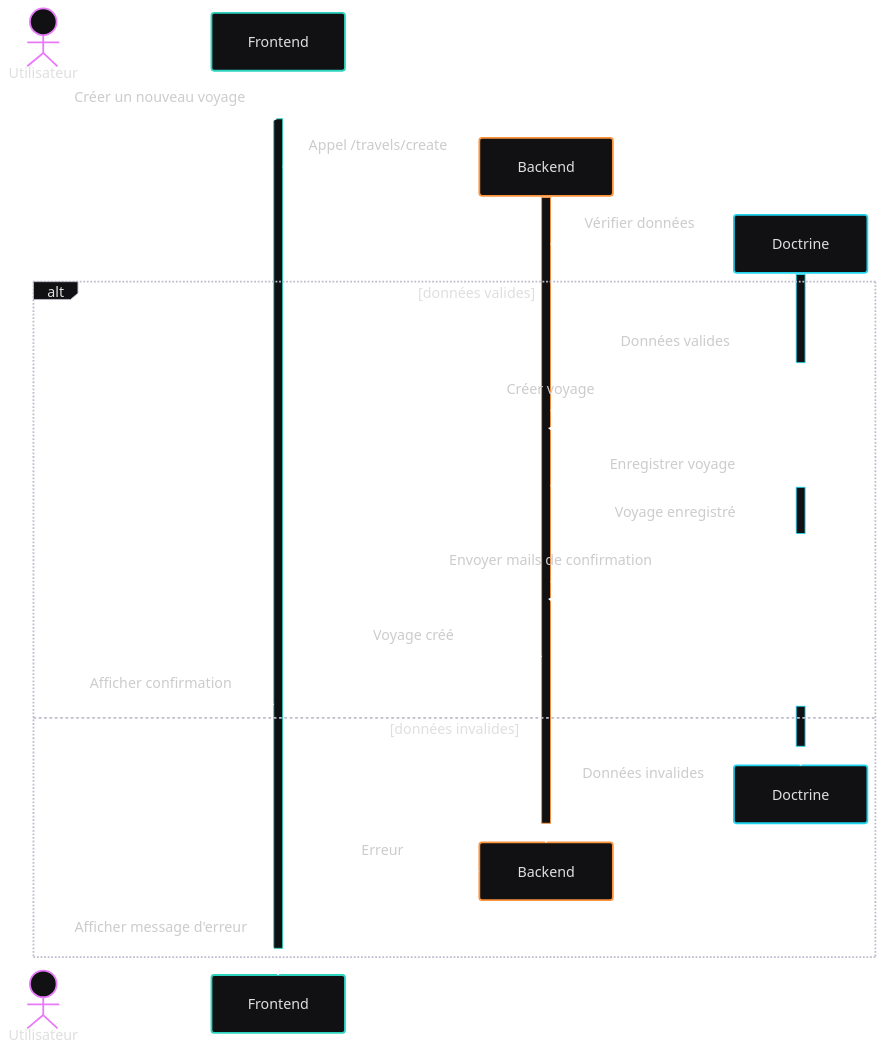
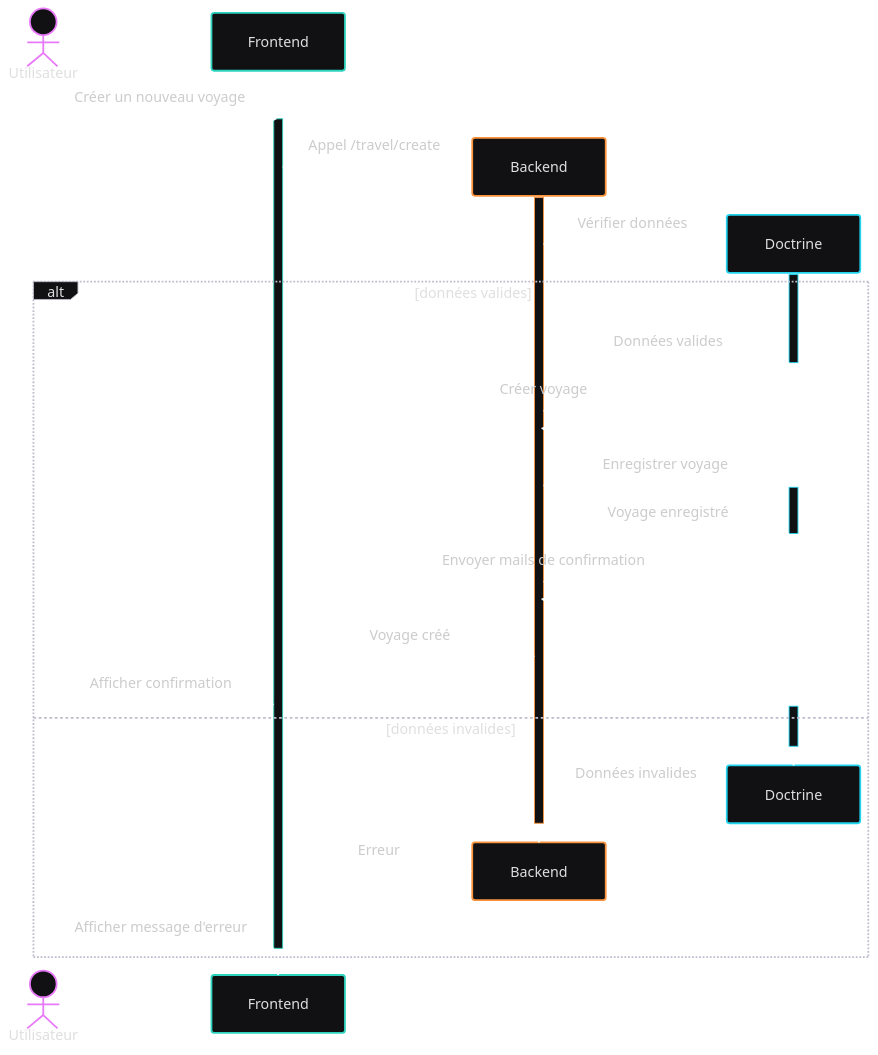
One commit to Anarchick/EcoRide changed the diagram in diagrams/sequences/createTravel.mmd. Above: the diagram before and after it, drawn with Mermaid. The commit also changed 2 other files, not shown here.

Commit message:
update diagrams

```diff
--- a/diagrams/sequences/createTravel.mmd
+++ b/diagrams/sequences/createTravel.mmd
@@ -1,32 +1,32 @@
 %%{init: {"theme": "redux-dark-color"}}%%
 sequenceDiagram
 actor U as Utilisateur
 participant F as Frontend
 
 U ->> F: Créer un nouveau voyage
 activate F
 create participant B as Backend
-F ->> B: Appel /travels/create
+F ->> B: Appel /travel/create
 activate B
 create participant D as Doctrine
 B ->> D: Vérifier données
 activate D
 alt données valides
     D -->>- B: Données valides
     B ->> B: Créer voyage
     B ->>+ D: Enregistrer voyage
     D -->>- B: Voyage enregistré
     B ->> B: Envoyer mails de confirmation
     B -->> F: Voyage créé
     F -->> U: Afficher confirmation
 activate D
 else données invalides
     deactivate D
     destroy D
     D -->> B: Données invalides
     deactivate B
     destroy B
     B -->> F: Erreur
     F -->> U: Afficher message d'erreur
     deactivate F
 end
```
